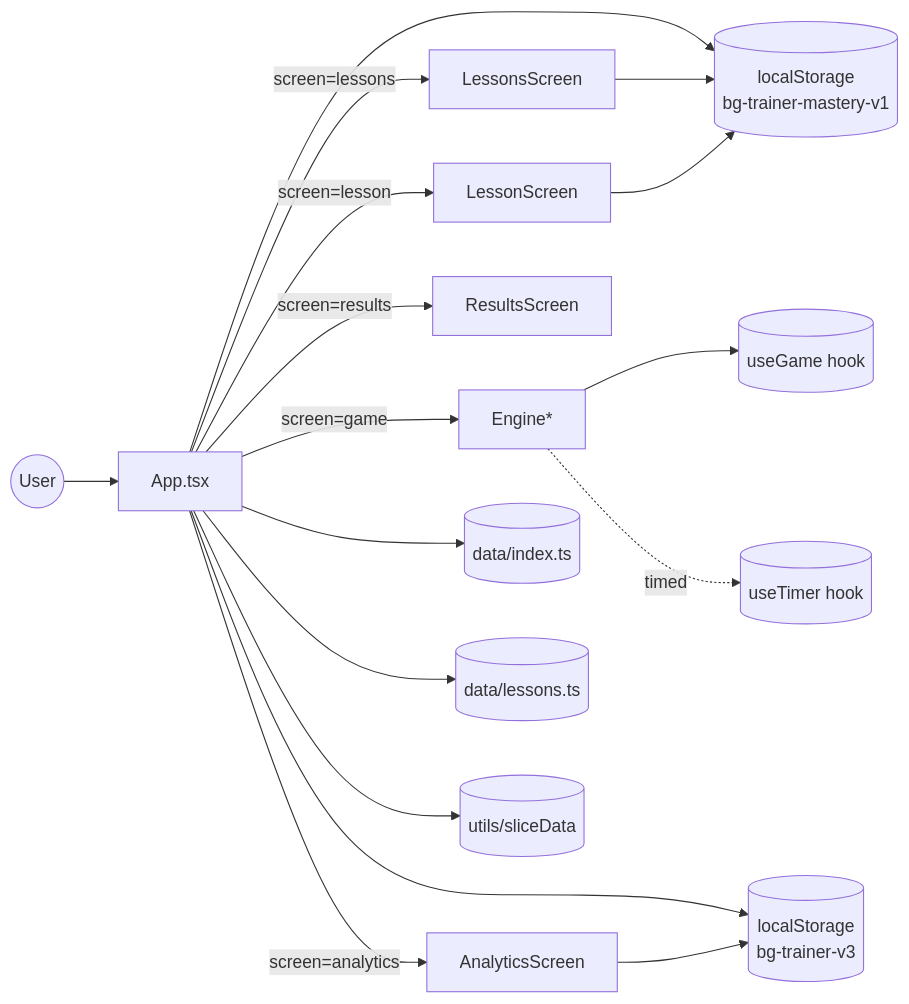
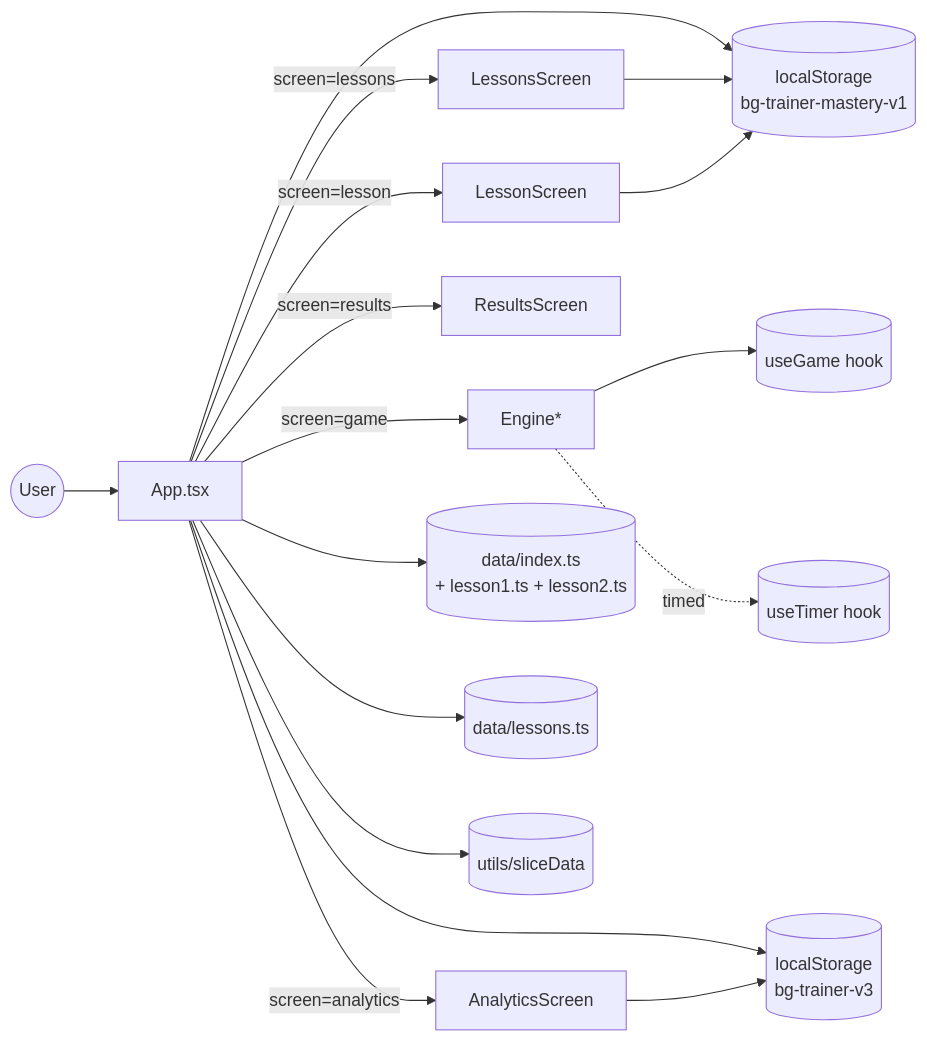
The diagram in documents/design.md (korchasa/bg-trainer), drawn with Mermaid before and after one commit. The commit also changed other lines of this file and 5 other files, not shown here.

First line of the commit message:
feat(lesson2): cover all lesson-2.md topics + split data by lesson

````diff
--- a/documents/design.md
+++ b/documents/design.md
@@ -9,19 +9,19 @@
   ```mermaid
   flowchart LR
     User((User)) --> App[App.tsx]
     App -->|screen=lessons| Lessons[LessonsScreen]
     App -->|screen=lesson| Lesson[LessonScreen]
     App -->|screen=game| Engine[Engine*]
     App -->|screen=results| Results[ResultsScreen]
     App -->|screen=analytics| Analytics[AnalyticsScreen]
     Engine --> useGame[(useGame hook)]
     Engine -.timed.-> useTimer[(useTimer hook)]
     App --> History[(localStorage\n bg-trainer-v3)]
     App --> Mastery[(localStorage\n bg-trainer-mastery-v1)]
     Analytics --> History
     Lessons --> Mastery
     Lesson --> Mastery
-    App --> Data[(data/index.ts)]
+    App --> Data[(data/index.ts\n + lesson1.ts + lesson2.ts)]
     App --> Lessons2[(data/lessons.ts)]
     App --> Slice[(utils/sliceData)]
   ```
````
